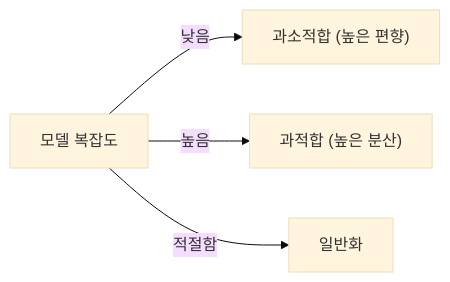
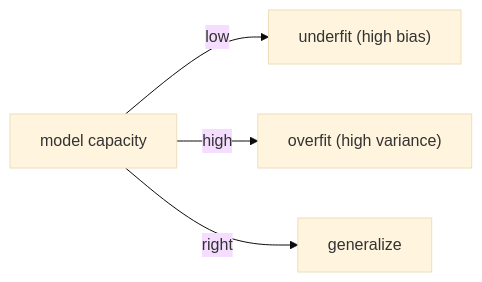
The diagram in content/machine-learning-101/ko/08-overfitting-and-regularization.md (yeongseon-books/book-content), drawn with Mermaid (base theme) before and after one commit. The commit also changed other lines of this file and 9 other files, not shown here.

````diff
--- a/content/machine-learning-101/ko/08-overfitting-and-regularization.md
+++ b/content/machine-learning-101/ko/08-overfitting-and-regularization.md
@@ -47,6 +45,6 @@
 ```mermaid
 flowchart LR
-    Cap["모델 복잡도"] -->|낮음| Under["과소적합 (높은 편향)"]
-    Cap -->|높음| Over["과적합 (높은 분산)"]
-    Cap -->|적절함| Good["일반화"]
+    Cap["model capacity"] -->|low| Under["underfit (high bias)"]
+    Cap -->|high| Over["overfit (high variance)"]
+    Cap -->|right| Good["generalize"]
 ```
````
